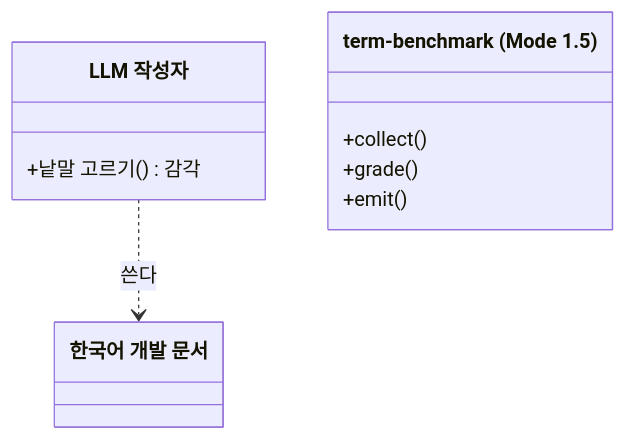
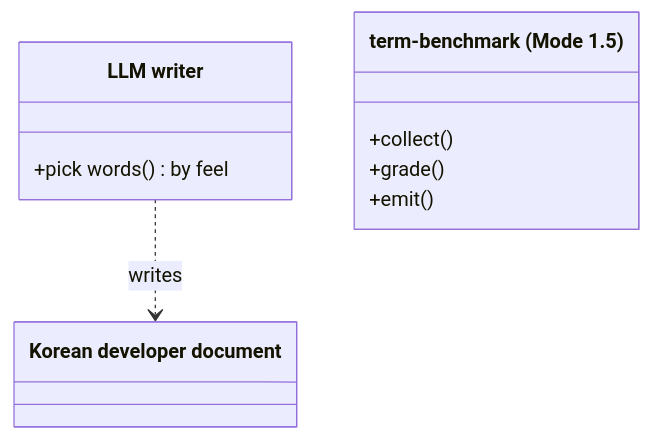
Before and after one commit to DogGuyMan/Agent-Report-Build-Pipeline: the first of 9 diagrams in docs/superpowers/plans/2026-10-28-ko-dev-terms.md, drawn with Mermaid. The commit also changed other lines of this file and 1 other file, not shown here.

Commit message:
[docs] : plans - ko-dev-terms 계획을 영어 정본과 한국어 번역본 두 파일로

````diff
--- a/docs/superpowers/plans/2026-10-28-ko-dev-terms.md
+++ b/docs/superpowers/plans/2026-10-28-ko-dev-terms.md
@@ -146,13 +154,13 @@
 ```mermaid
 classDiagram
-    class Writer["LLM 작성자"] {
-        +낱말 고르기() 감각
+    class Writer["LLM writer"] {
+        +pick words() by feel
     }
-    class Doc["한국어 개발 문서"]
+    class Doc["Korean developer document"]
     class TermBench["term-benchmark (Mode 1.5)"] {
         +collect()
         +grade()
         +emit()
     }
-    Writer ..> Doc : 쓴다
+    Writer ..> Doc : writes
 ```
````
